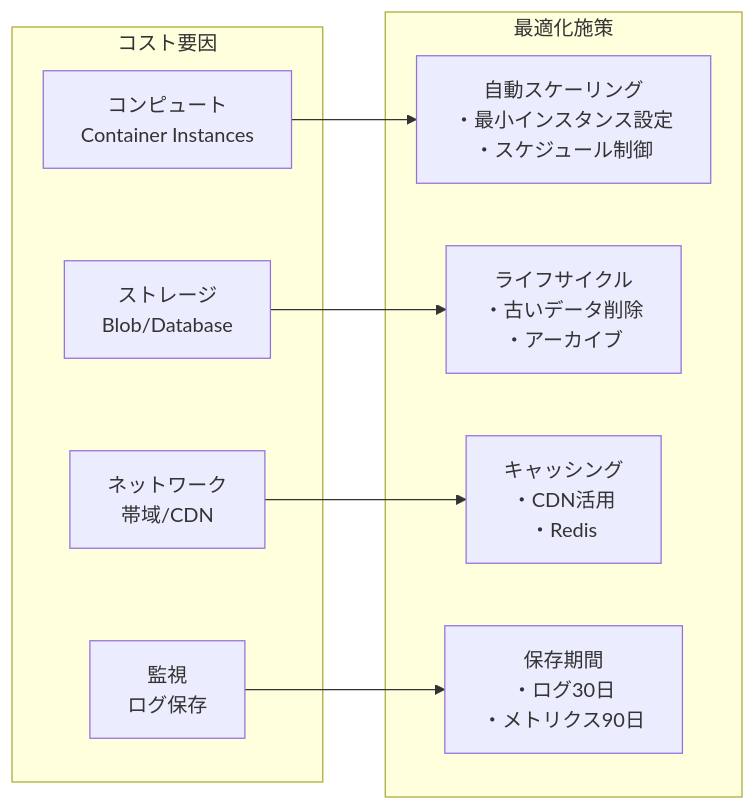
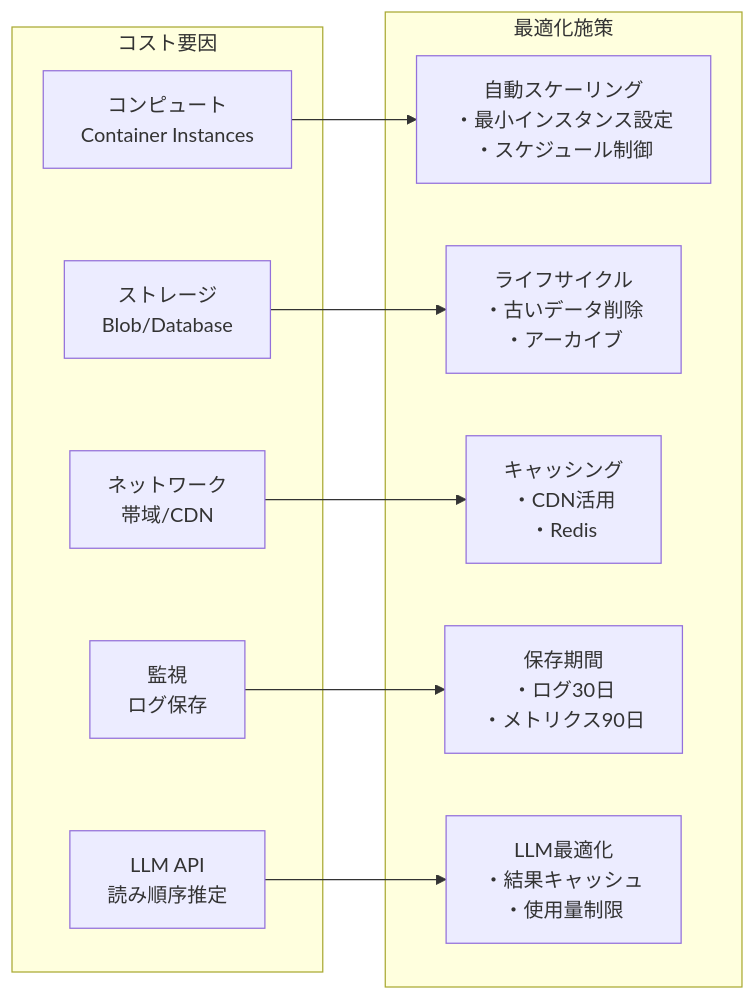
One commit to 07130918/document-check changed the eighth of 8 diagrams in docs/architecture/system-architecture.md. Above: the diagram before and after it, drawn with Mermaid. The commit also changed other lines of this file and 3 other files, not shown here.

````diff
--- a/docs/architecture/system-architecture.md
+++ b/docs/architecture/system-architecture.md
@@ -279,21 +301,24 @@
 ```mermaid
 graph LR
     subgraph "コスト要因"
         COMP[コンピュート<br/>Container Instances]
         STOR[ストレージ<br/>Blob/Database]
         NET[ネットワーク<br/>帯域/CDN]
         MON2[監視<br/>ログ保存]
+        LLM_COST[LLM API<br/>読み順序推定]
     end
 
     subgraph "最適化施策"
         AUTO[自動スケーリング<br/>・最小インスタンス設定<br/>・スケジュール制御]
         LIFE[ライフサイクル<br/>・古いデータ削除<br/>・アーカイブ]
         CACHE[キャッシング<br/>・CDN活用<br/>・Redis]
         RET[保存期間<br/>・ログ30日<br/>・メトリクス90日]
+        LLM_OPT[LLM最適化<br/>・結果キャッシュ<br/>・使用量制限]
     end
 
     COMP --> AUTO
     STOR --> LIFE
     NET --> CACHE
     MON2 --> RET
+    LLM_COST --> LLM_OPT
 ```
````
